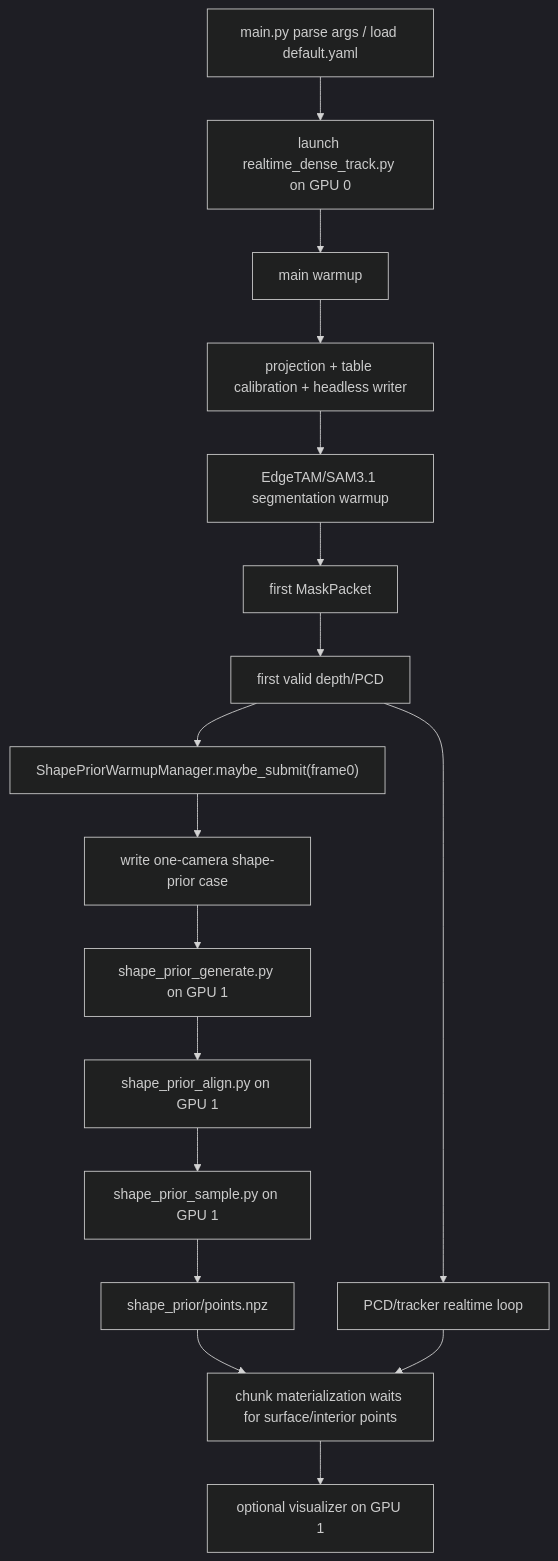
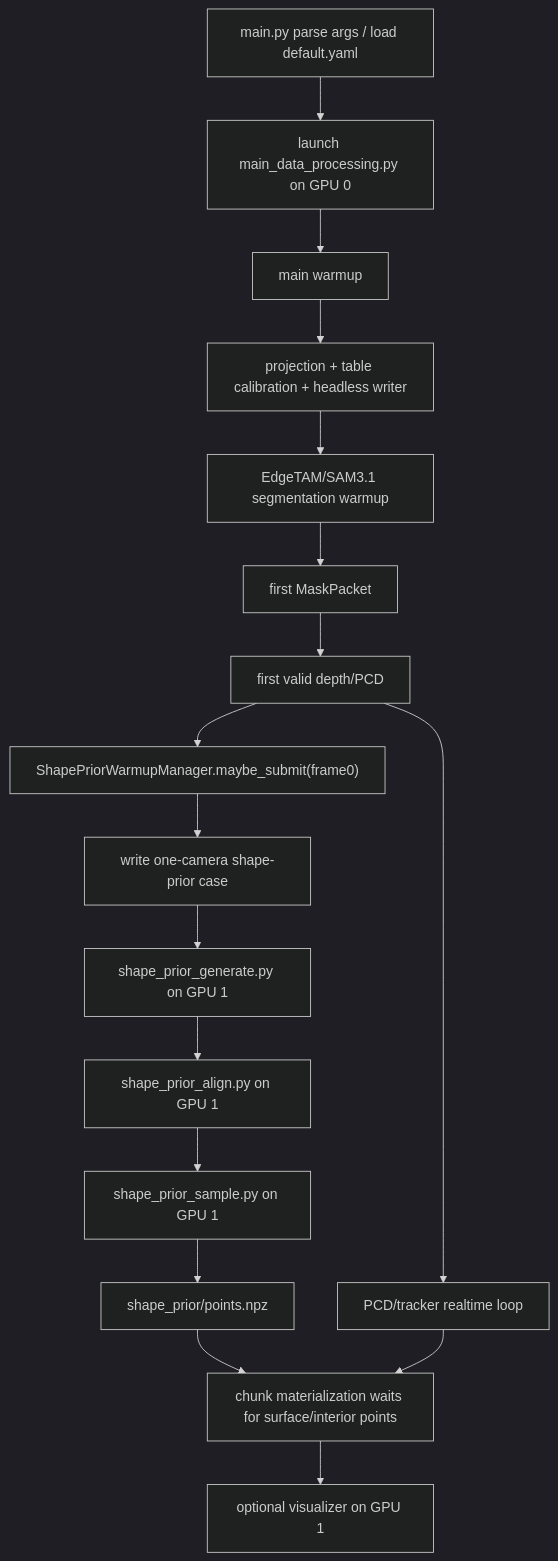
Before and after one commit to BaochaiXue/proj-QQTT-v2: the diagram in demo_v5_1/pipeline.md, drawn with Mermaid (dark theme). The commit also changed other lines of this file and 99 other files, not shown here.

````diff
--- a/demo_v5_1/pipeline.md
+++ b/demo_v5_1/pipeline.md
@@ -30,19 +30,19 @@
 ```mermaid
 flowchart TD
-    A["main.py parse args / load default.yaml"] --> B["launch realtime_dense_track.py on GPU 0"]
+    A["main.py parse args / load default.yaml"] --> B["launch main_data_processing.py on GPU 0"]
     B --> C["main warmup"]
     C --> D["projection + table calibration + headless writer"]
     D --> E["EdgeTAM/SAM3.1 segmentation warmup"]
     E --> F["first MaskPacket"]
     F --> G["first valid depth/PCD"]
     G --> H["ShapePriorWarmupManager.maybe_submit(frame0)"]
     H --> I["write one-camera shape-prior case"]
     I --> J["shape_prior_generate.py on GPU 1"]
     J --> K["shape_prior_align.py on GPU 1"]
     K --> L["shape_prior_sample.py on GPU 1"]
     L --> M["shape_prior/points.npz"]
     G --> N["PCD/tracker realtime loop"]
     M --> O["chunk materialization waits for surface/interior points"]
     N --> O
     O --> P["optional visualizer on GPU 1"]
 ```
````
